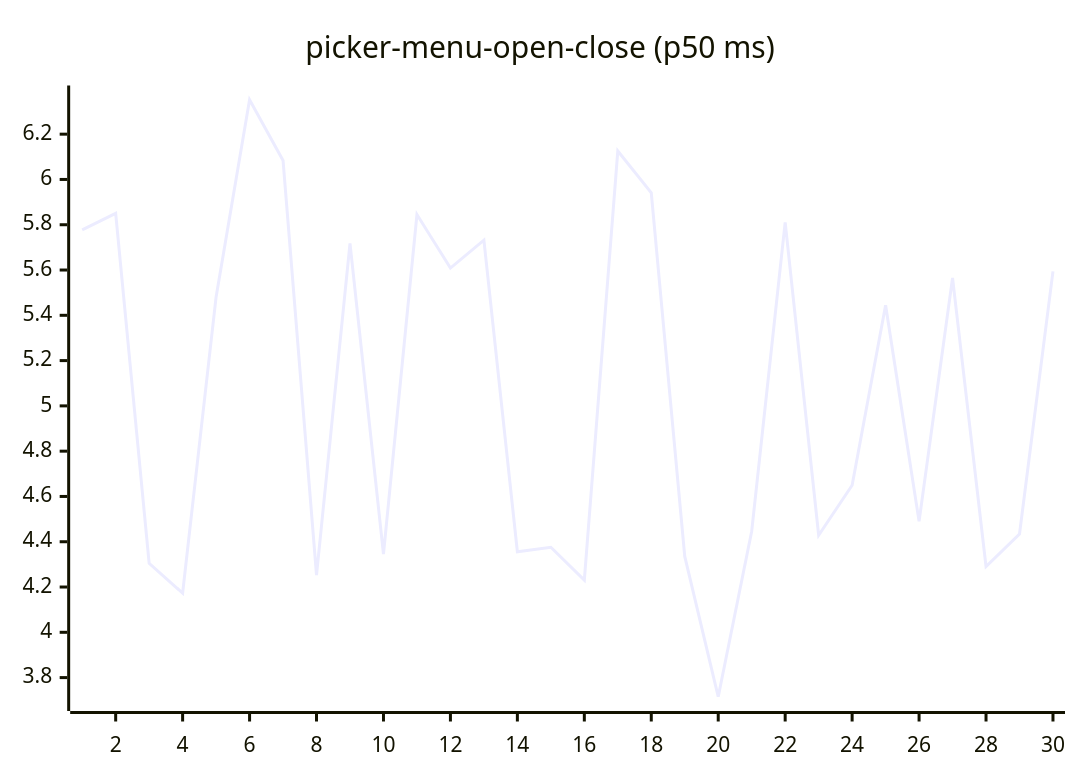
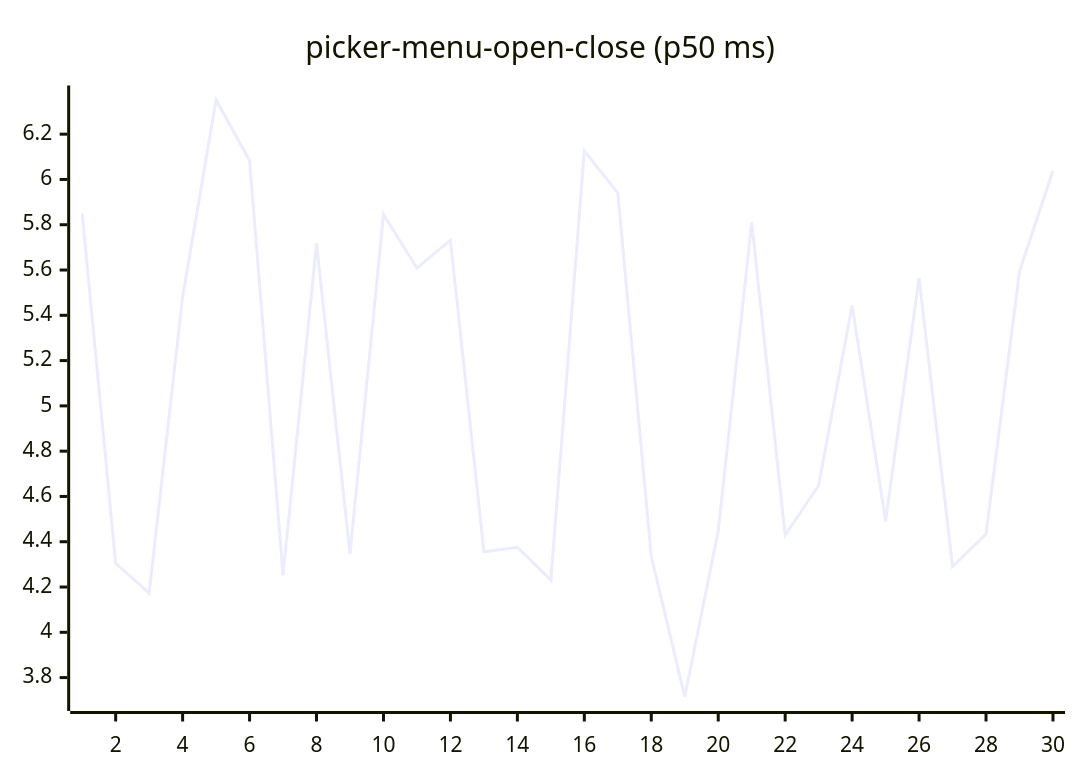
One commit to josha/Facet changed diagram 16 of 27 in README.md. Above: the diagram before and after it, drawn with Mermaid. The commit also changed other lines of this file and 2 other files, not shown here.

````diff
--- a/README.md
+++ b/README.md
@@ -168,6 +168,6 @@
 ```mermaid
 xychart-beta
     title "picker-menu-open-close (p50 ms)"
     x-axis 1 --> 30
-    line [5.7775, 5.8503, 4.3049, 4.1731, 5.4814, 6.3520, 6.0839, 4.2522, 5.7175, 4.3452, 5.8449, 5.6085, 5.7317, 4.3559, 4.3756, 4.2307, 6.1258, 5.9413, 4.3353, 3.7154, 4.4466, 5.8101, 4.4287, 4.6495, 5.4442, 4.4899, 5.5654, 4.2905, 4.4342, 5.5941]
+    line [5.8503, 4.3049, 4.1731, 5.4814, 6.3520, 6.0839, 4.2522, 5.7175, 4.3452, 5.8449, 5.6085, 5.7317, 4.3559, 4.3756, 4.2307, 6.1258, 5.9413, 4.3353, 3.7154, 4.4466, 5.8101, 4.4287, 4.6495, 5.4442, 4.4899, 5.5654, 4.2905, 4.4342, 5.5941, 6.0384]
 ```
````
